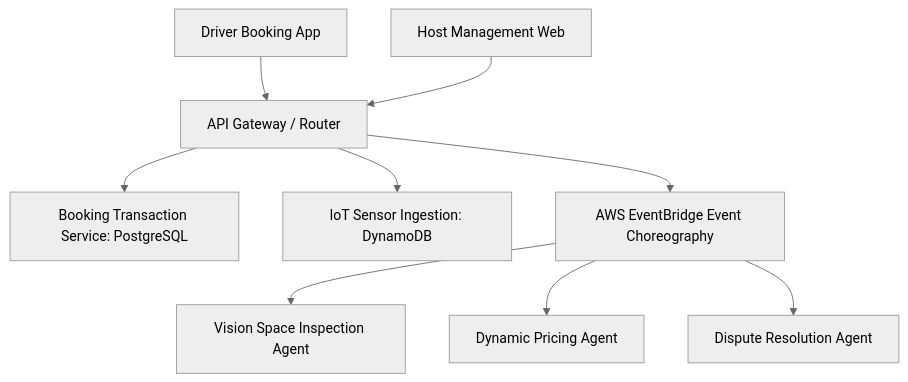
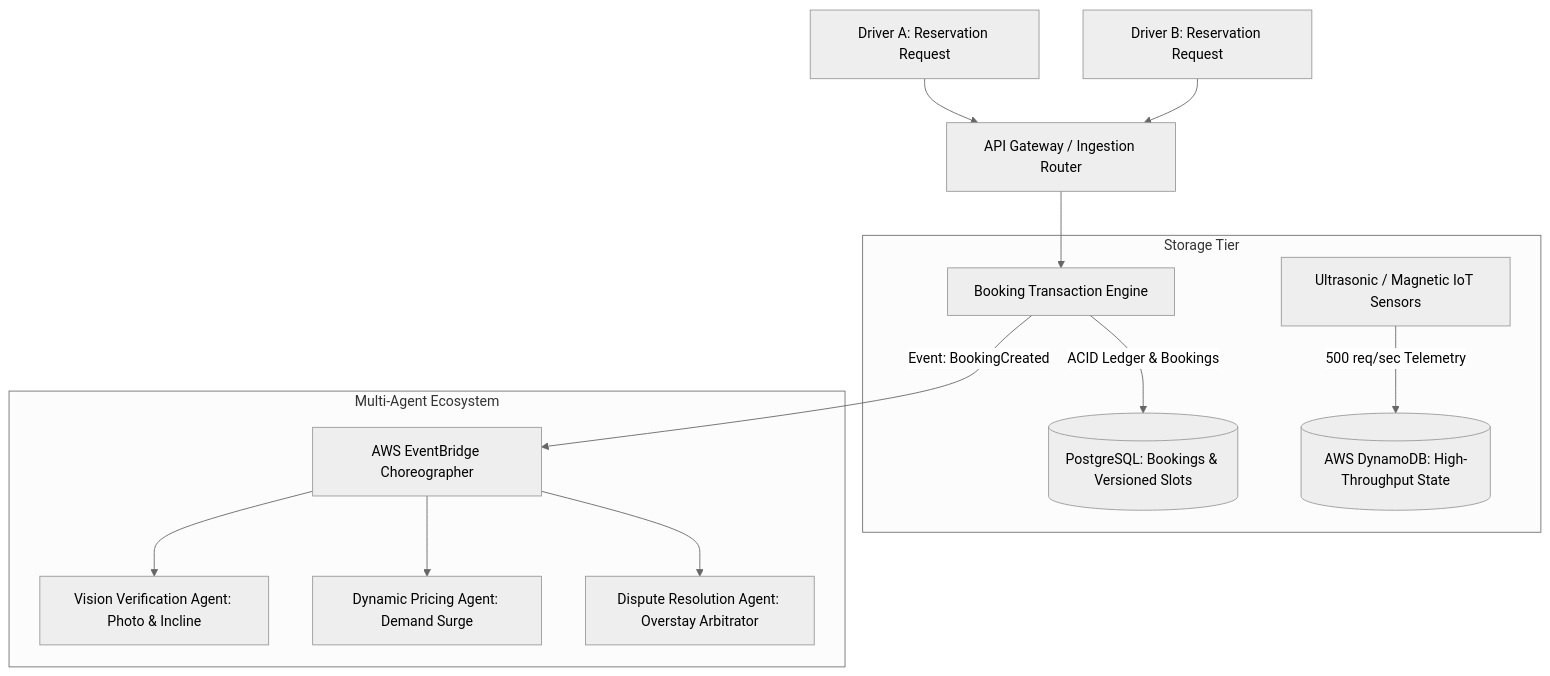
Before and after one commit to MasterZ1311/Dev-AURA: the diagram in docs/project-case-studies/distributed-commerce-and-marketplaces/parkly-smart-parking-marketplace.md, drawn with Mermaid (neutral theme). The commit also changed other lines of this file and 21 other files, not shown here.

````diff
--- a/docs/project-case-studies/distributed-commerce-and-marketplaces/parkly-smart-parking-marketplace.md
+++ b/docs/project-case-studies/distributed-commerce-and-marketplaces/parkly-smart-parking-marketplace.md
@@ -12,11 +45,20 @@
 ```mermaid
 graph TD
-    Driver[Driver Booking App] --> Gateway[API Gateway / Router]
-    Host[Host Management Web] --> Gateway
-    Gateway --> BookingService[Booking Transaction Service: PostgreSQL]
-    Gateway --> SensorStream[IoT Sensor Ingestion: DynamoDB]
-    Gateway --> EventBus[AWS EventBridge Event Choreography]
-    EventBus --> AgentInspection[Vision Space Inspection Agent]
-    EventBus --> AgentPricing[Dynamic Pricing Agent]
-    EventBus --> AgentDispute[Dispute Resolution Agent]
+    DriverA[Driver A: Reservation Request] --> Gateway[API Gateway / Ingestion Router]
+    DriverB[Driver B: Reservation Request] --> Gateway
+    
+    Gateway --> TxEngine[Booking Transaction Engine]
+    
+    subgraph Storage Tier
+        TxEngine -->|ACID Ledger & Bookings| Postgres[(PostgreSQL: Bookings & Versioned Slots)]
+        IoTSensors[Ultrasonic / Magnetic IoT Sensors] -->|500 req/sec Telemetry| Dynamo[(AWS DynamoDB: High-Throughput State)]
+    end
+    
+    TxEngine -->|Event: BookingCreated| EventBridge[AWS EventBridge Choreographer]
+    
+    subgraph Multi-Agent Ecosystem
+        EventBridge --> AgentVision[Vision Verification Agent: Photo & Incline]
+        EventBridge --> AgentPricing[Dynamic Pricing Agent: Demand Surge]
+        EventBridge --> AgentDispute[Dispute Resolution Agent: Overstay Arbitrator]
+    end
 ```
````
